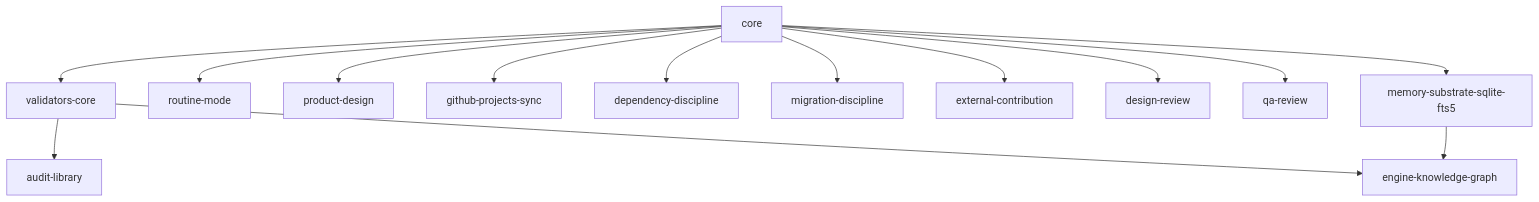
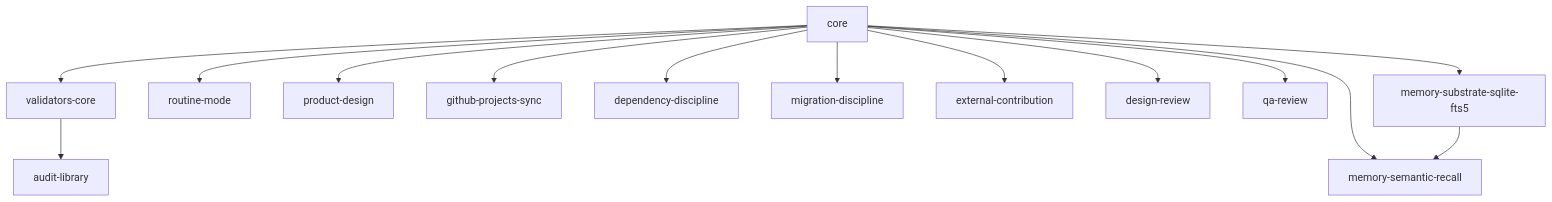
One commit to StarshipSuperjam/engine-mechanic changed the diagram in docs/reference/module-catalog.md. Above: the diagram before and after it, drawn with Mermaid. The commit also changed other lines of this file, not shown here.

Commit message:
Reconcile module-catalog.md: the thirteen built modules, the eight-entry menu, the semantic-recall seat recast per decision 0330, provenance stamped

````diff
--- a/docs/reference/module-catalog.md
+++ b/docs/reference/module-catalog.md
@@ -21,16 +25,16 @@
 ```mermaid
 graph TD
     core --> validators-core
     core --> routine-mode
     validators-core --> audit-library
     core --> product-design
     core --> github-projects-sync
     core --> dependency-discipline
     core --> migration-discipline
     core --> external-contribution
     core --> design-review
     core --> qa-review
     core --> memory-substrate-sqlite-fts5
-    validators-core --> engine-knowledge-graph
-    memory-substrate-sqlite-fts5 --> engine-knowledge-graph
+    core --> memory-semantic-recall
+    memory-substrate-sqlite-fts5 --> memory-semantic-recall
 ```
````
